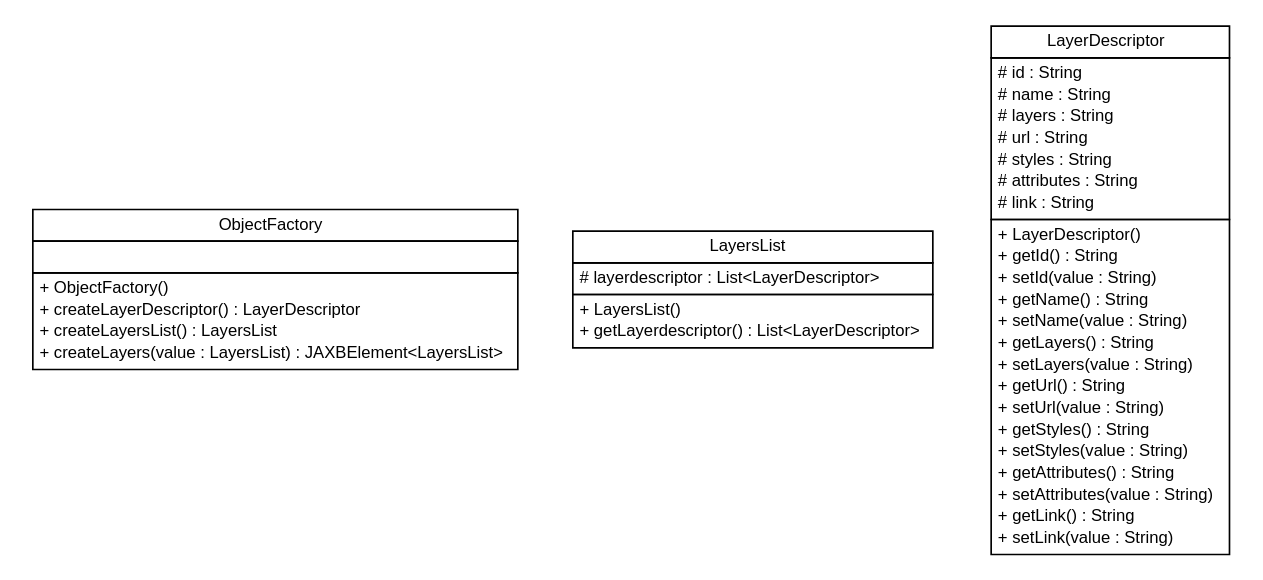
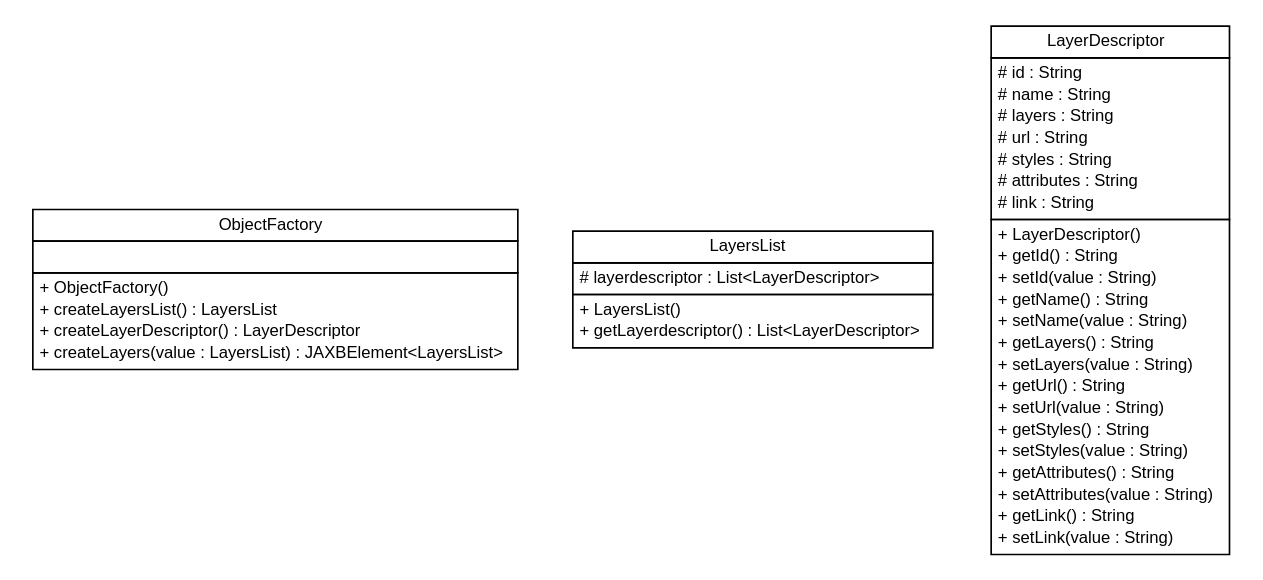
Before and after one commit to MinELenI/CBSviewer: the diagram in apidocs/nl/mineleni/cbsviewer/util/xml/nl.mineleni.cbsviewer.util.xml.dot, drawn with Graphviz. The commit also changed other lines of this file and 254 other files, not shown here.

```diff
--- a/apidocs/nl/mineleni/cbsviewer/util/xml/nl.mineleni.cbsviewer.util.xml.dot
+++ b/apidocs/nl/mineleni/cbsviewer/util/xml/nl.mineleni.cbsviewer.util.xml.dot
@@ -1,72 +1,72 @@
 #!/usr/local/bin/dot
 #
 # Class diagram 
 # Generated by UMLGraph version R5_6 (http://www.umlgraph.org/)
 #
 
 digraph G {
 	edge [fontname="arial",fontsize=10,labelfontname="arial",labelfontsize=10];
 	node [fontname="arial",fontsize=10,shape=plaintext];
 	nodesep=0.25;
 	ranksep=0.5;
 	// nl.mineleni.cbsviewer.util.xml.ObjectFactory
 	c415 [label=<<table title="nl.mineleni.cbsviewer.util.xml.ObjectFactory" border="0" cellborder="1" cellspacing="0" cellpadding="2" port="p" href="./ObjectFactory.html">
 		<tr><td><table border="0" cellspacing="0" cellpadding="1">
 <tr><td align="center" balign="center"> ObjectFactory </td></tr>
 		</table></td></tr>
 		<tr><td><table border="0" cellspacing="0" cellpadding="1">
 <tr><td align="left" balign="left">  </td></tr>
 		</table></td></tr>
 		<tr><td><table border="0" cellspacing="0" cellpadding="1">
 <tr><td align="left" balign="left"> + ObjectFactory() </td></tr>
+<tr><td align="left" balign="left"> + createLayersList() : LayersList </td></tr>
 <tr><td align="left" balign="left"> + createLayerDescriptor() : LayerDescriptor </td></tr>
-<tr><td align="left" balign="left"> + createLayersList() : LayersList </td></tr>
 <tr><td align="left" balign="left"> + createLayers(value : LayersList) : JAXBElement&lt;LayersList&gt; </td></tr>
 		</table></td></tr>
 		</table>>, URL="./ObjectFactory.html", fontname="arial", fontcolor="black", fontsize=10.0];
 	// nl.mineleni.cbsviewer.util.xml.LayersList
 	c416 [label=<<table title="nl.mineleni.cbsviewer.util.xml.LayersList" border="0" cellborder="1" cellspacing="0" cellpadding="2" port="p" href="./LayersList.html">
 		<tr><td><table border="0" cellspacing="0" cellpadding="1">
 <tr><td align="center" balign="center"> LayersList </td></tr>
 		</table></td></tr>
 		<tr><td><table border="0" cellspacing="0" cellpadding="1">
 <tr><td align="left" balign="left"> # layerdescriptor : List&lt;LayerDescriptor&gt; </td></tr>
 		</table></td></tr>
 		<tr><td><table border="0" cellspacing="0" cellpadding="1">
 <tr><td align="left" balign="left"> + LayersList() </td></tr>
 <tr><td align="left" balign="left"> + getLayerdescriptor() : List&lt;LayerDescriptor&gt; </td></tr>
 		</table></td></tr>
 		</table>>, URL="./LayersList.html", fontname="arial", fontcolor="black", fontsize=10.0];
 	// nl.mineleni.cbsviewer.util.xml.LayerDescriptor
 	c417 [label=<<table title="nl.mineleni.cbsviewer.util.xml.LayerDescriptor" border="0" cellborder="1" cellspacing="0" cellpadding="2" port="p" href="./LayerDescriptor.html">
 		<tr><td><table border="0" cellspacing="0" cellpadding="1">
 <tr><td align="center" balign="center"> LayerDescriptor </td></tr>
 		</table></td></tr>
 		<tr><td><table border="0" cellspacing="0" cellpadding="1">
 <tr><td align="left" balign="left"> # id : String </td></tr>
 <tr><td align="left" balign="left"> # name : String </td></tr>
 <tr><td align="left" balign="left"> # layers : String </td></tr>
 <tr><td align="left" balign="left"> # url : String </td></tr>
 <tr><td align="left" balign="left"> # styles : String </td></tr>
 <tr><td align="left" balign="left"> # attributes : String </td></tr>
 <tr><td align="left" balign="left"> # link : String </td></tr>
 		</table></td></tr>
 		<tr><td><table border="0" cellspacing="0" cellpadding="1">
 <tr><td align="left" balign="left"> + LayerDescriptor() </td></tr>
 <tr><td align="left" balign="left"> + getId() : String </td></tr>
 <tr><td align="left" balign="left"> + setId(value : String) </td></tr>
 <tr><td align="left" balign="left"> + getName() : String </td></tr>
 <tr><td align="left" balign="left"> + setName(value : String) </td></tr>
 <tr><td align="left" balign="left"> + getLayers() : String </td></tr>
 <tr><td align="left" balign="left"> + setLayers(value : String) </td></tr>
 <tr><td align="left" balign="left"> + getUrl() : String </td></tr>
 <tr><td align="left" balign="left"> + setUrl(value : String) </td></tr>
 <tr><td align="left" balign="left"> + getStyles() : String </td></tr>
 <tr><td align="left" balign="left"> + setStyles(value : String) </td></tr>
 <tr><td align="left" balign="left"> + getAttributes() : String </td></tr>
 <tr><td align="left" balign="left"> + setAttributes(value : String) </td></tr>
 <tr><td align="left" balign="left"> + getLink() : String </td></tr>
 <tr><td align="left" balign="left"> + setLink(value : String) </td></tr>
 		</table></td></tr>
 		</table>>, URL="./LayerDescriptor.html", fontname="arial", fontcolor="black", fontsize=10.0];
 }
```
